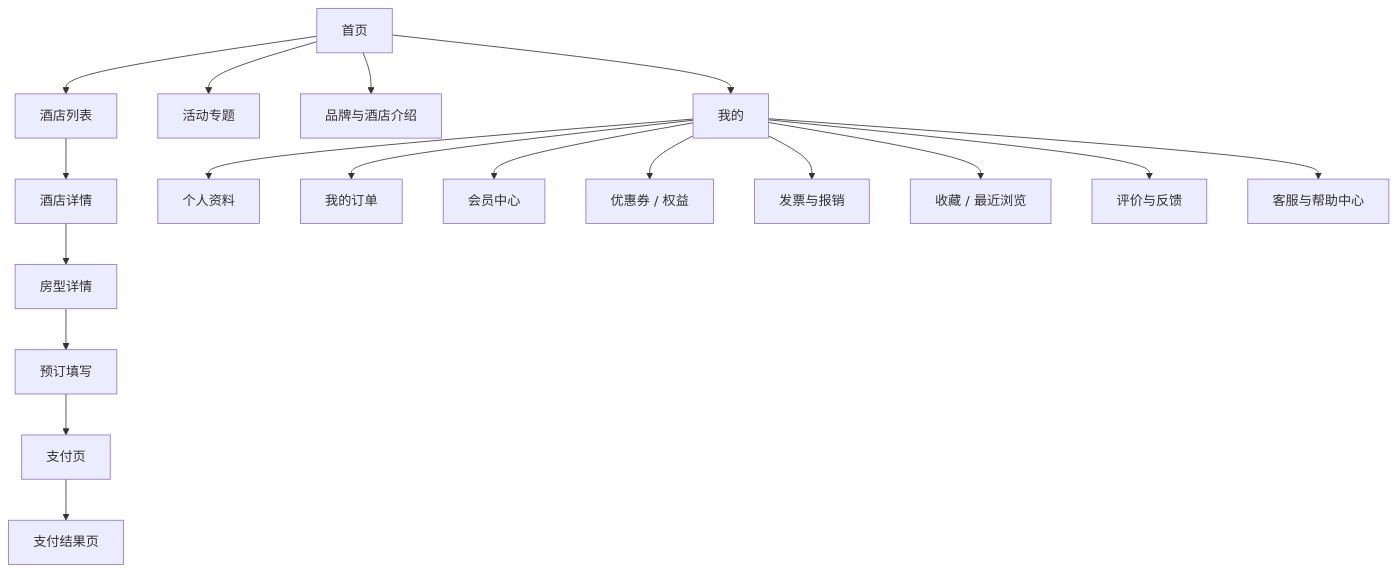
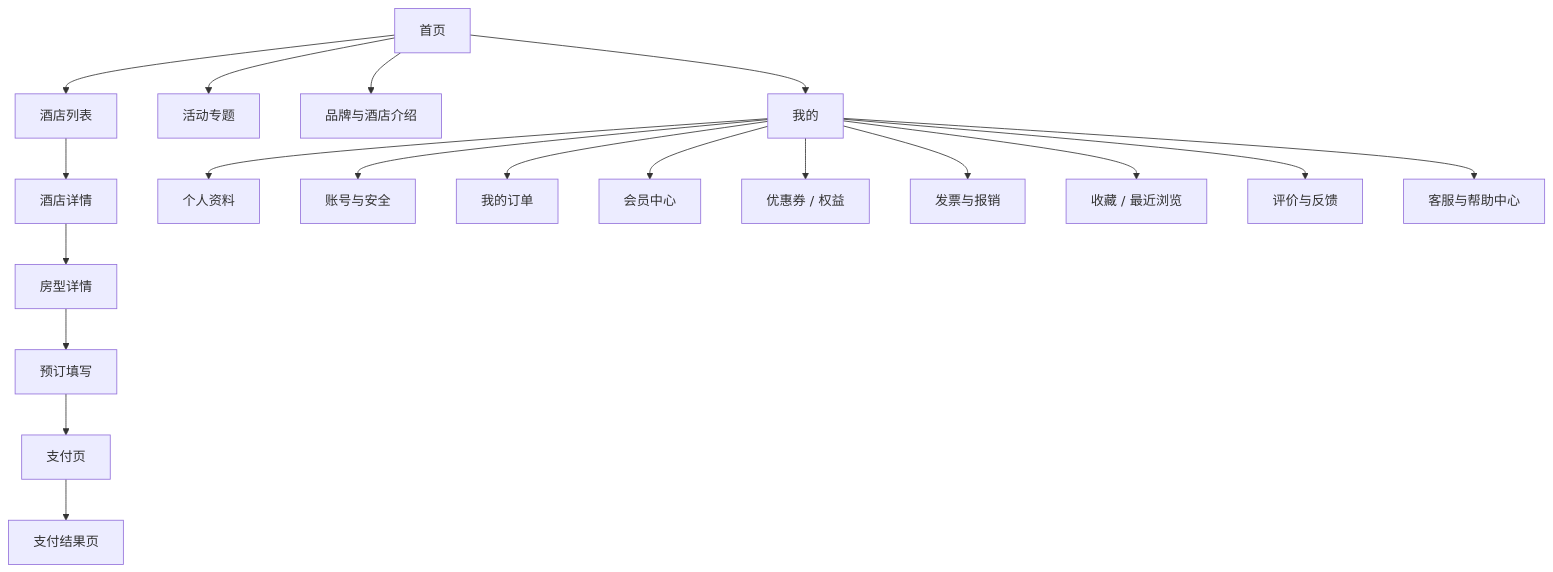
Before and after one commit to MelodyKnit/HoteLink: the fourth of 7 diagrams in docs/frontend-system-design.md, drawn with Mermaid. The commit also changed other lines of this file and 57 other files, not shown here.

````diff
--- a/docs/frontend-system-design.md
+++ b/docs/frontend-system-design.md
@@ -124,22 +124,23 @@
 ```mermaid
 flowchart TD
     HOME["首页"] --> HOTEL_LIST["酒店列表"]
     HOME --> PROMOTION["活动专题"]
     HOME --> ABOUT["品牌与酒店介绍"]
 
     HOTEL_LIST --> HOTEL_DETAIL["酒店详情"]
     HOTEL_DETAIL --> ROOM_DETAIL["房型详情"]
     ROOM_DETAIL --> BOOKING["预订填写"]
     BOOKING --> PAYMENT["支付页"]
     PAYMENT --> RESULT["支付结果页"]
 
     HOME --> MY["我的"]
     MY --> PROFILE["个人资料"]
+    MY --> SECURITY["账号与安全"]
     MY --> ORDERS["我的订单"]
     MY --> MEMBERSHIP["会员中心"]
     MY --> COUPONS["优惠券 / 权益"]
     MY --> INVOICE["发票与报销"]
     MY --> FAVORITES["收藏 / 最近浏览"]
     MY --> REVIEWS["评价与反馈"]
     MY --> SUPPORT["客服与帮助中心"]
 ```
````
